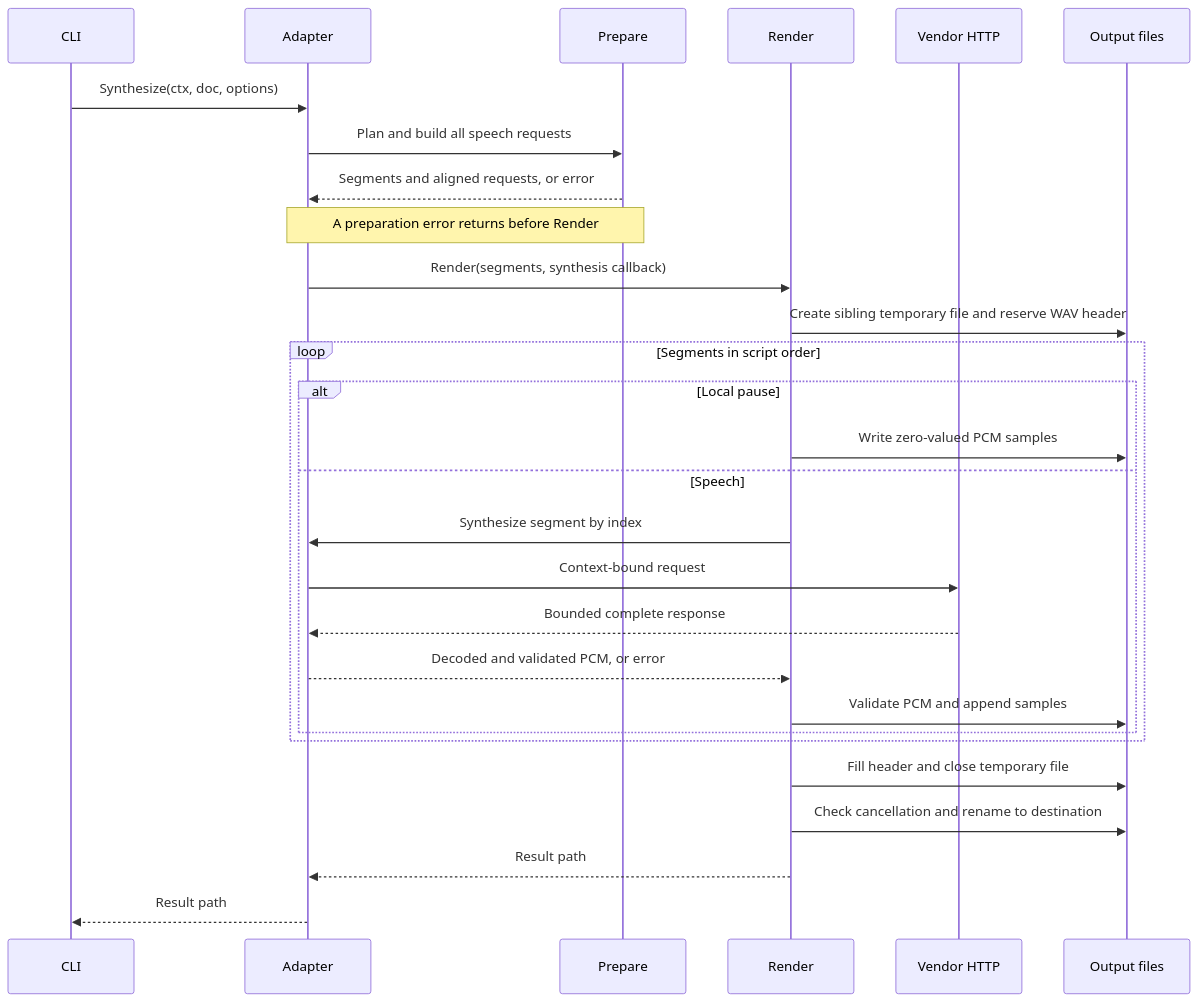
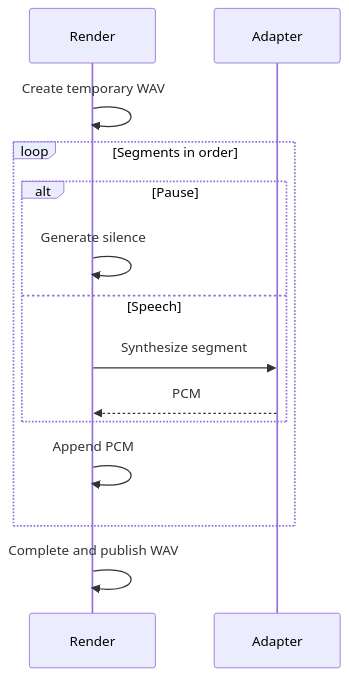
Before and after one commit to zyy17/timbrex: the fifth of 5 diagrams in docs/architecture.md, drawn with Mermaid. The commit also changed other lines of this file and 1 other file, not shown here.

Commit message:
docs: split architecture diagrams into focused views

````diff
--- a/docs/architecture.md
+++ b/docs/architecture.md
@@ -265,30 +254,16 @@
 ```mermaid
 sequenceDiagram
-    participant CLI
-    participant Adapter
-    participant Prepare
-    participant Render
-    participant HTTP as Vendor HTTP
-    participant File as Output files
-    CLI->>Adapter: Synthesize(ctx, doc, options)
-    Adapter->>Prepare: Plan and build all speech requests
-    Prepare-->>Adapter: Segments and aligned requests, or error
-    Note over Adapter,Prepare: A preparation error returns before Render
-    Adapter->>Render: Render(segments, synthesis callback)
-    Render->>File: Create sibling temporary file and reserve WAV header
-    loop Segments in script order
-        alt Local pause
-            Render->>File: Write zero-valued PCM samples
+    participant R as Render
+    participant A as Adapter
+    R->>R: Create temporary WAV
+    loop Segments in order
+        alt Pause
+            R->>R: Generate silence
         else Speech
-            Render->>Adapter: Synthesize segment by index
-            Adapter->>HTTP: Context-bound request
-            HTTP-->>Adapter: Bounded complete response
-            Adapter-->>Render: Decoded and validated PCM, or error
-            Render->>File: Validate PCM and append samples
+            R->>A: Synthesize segment
+            A-->>R: PCM
         end
+        R->>R: Append PCM
     end
-    Render->>File: Fill header and close temporary file
-    Render->>File: Check cancellation and rename to destination
-    Render-->>Adapter: Result path
-    Adapter-->>CLI: Result path
+    R->>R: Complete and publish WAV
 ```
````
